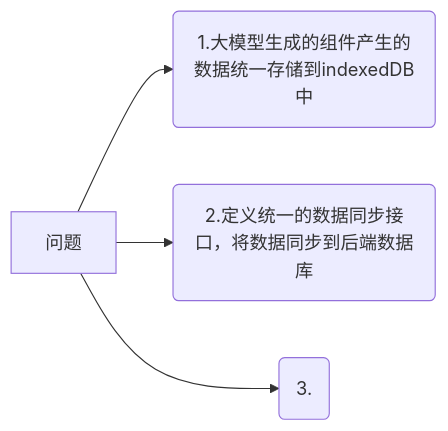
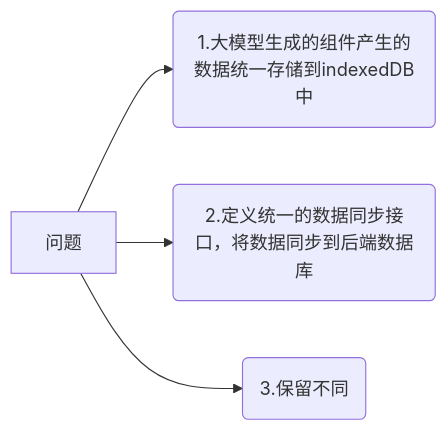
Before and after one commit to yingjianzh/iodraw-files: the diagram in all/未命名-21.md, drawn with Mermaid.

Commit message:
2025-02-17 14:20:10 update

````diff
--- a/all/未命名-21.md
+++ b/all/未命名-21.md
@@ -1,7 +1,7 @@
 ```mermaid
 graph LR
     A[问题] -->B(1.大模型生成的组件产生的数据统一存储到indexedDB中)
     A --> C(2.定义统一的数据同步接口，将数据同步到后端数据库)
-    A --> D(3.)
+    A --> D(3.保留不同)
   
 ```
````
